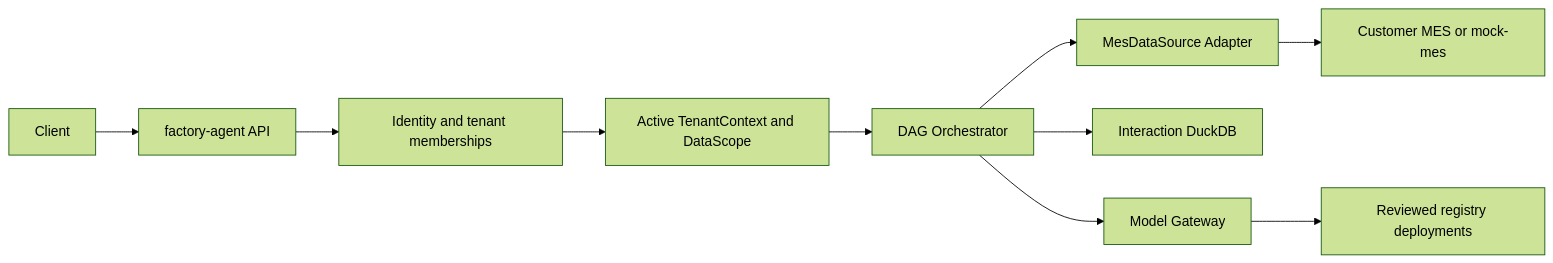
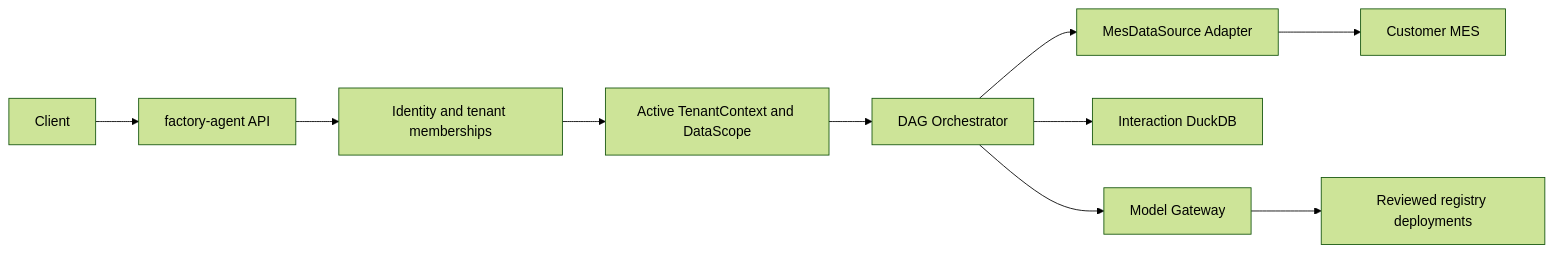
Before and after one commit to zhu13818202655/factory-agent: the first of 2 diagrams in ARCHITECTURE.md, drawn with Mermaid (forest theme). The commit also changed other lines of this file and 136 other files, not shown here.

First line of the commit message:
Retire mock-mes and clean historical annotations

````diff
--- a/ARCHITECTURE.md
+++ b/ARCHITECTURE.md
@@ -12,12 +12,12 @@
 ```mermaid
 flowchart LR
     Client --> Agent[factory-agent API]
     Agent --> Auth[Identity and tenant memberships]
     Auth --> Context[Active TenantContext and DataScope]
     Context --> Orchestrator[DAG Orchestrator]
     Orchestrator --> Adapter[MesDataSource Adapter]
-    Adapter --> MES[Customer MES or mock-mes]
+    Adapter --> MES[Customer MES]
     Orchestrator --> Sandbox[Interaction DuckDB]
     Orchestrator --> Gateway[Model Gateway]
     Gateway --> Models[Reviewed registry deployments]
 ```
````
